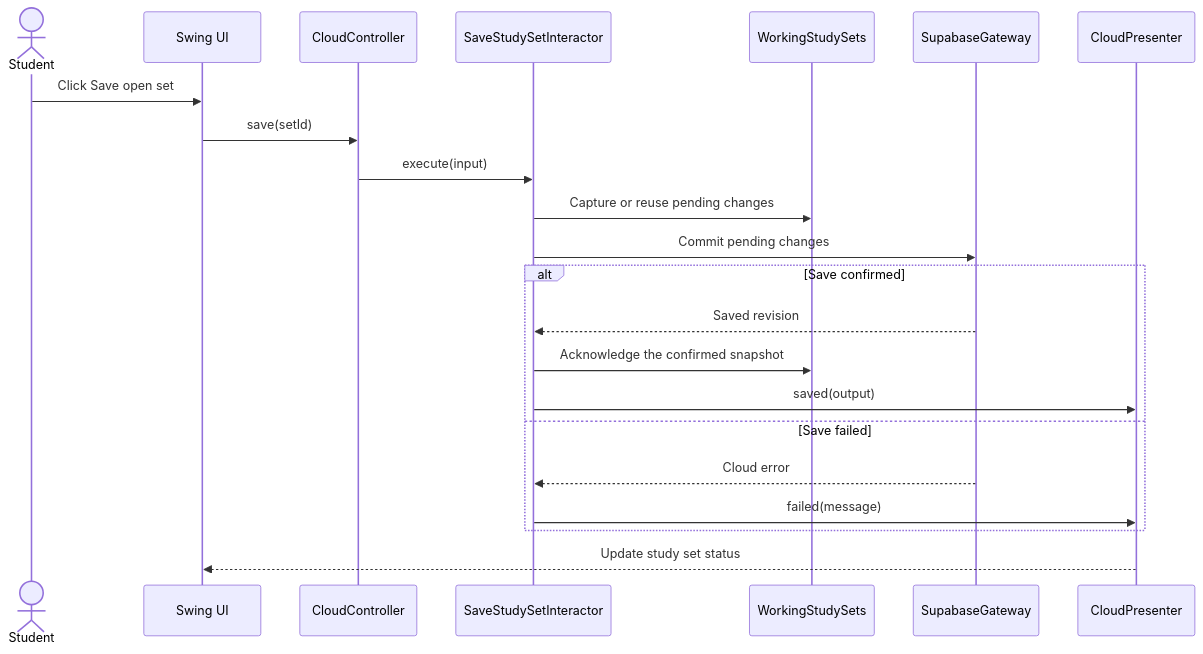
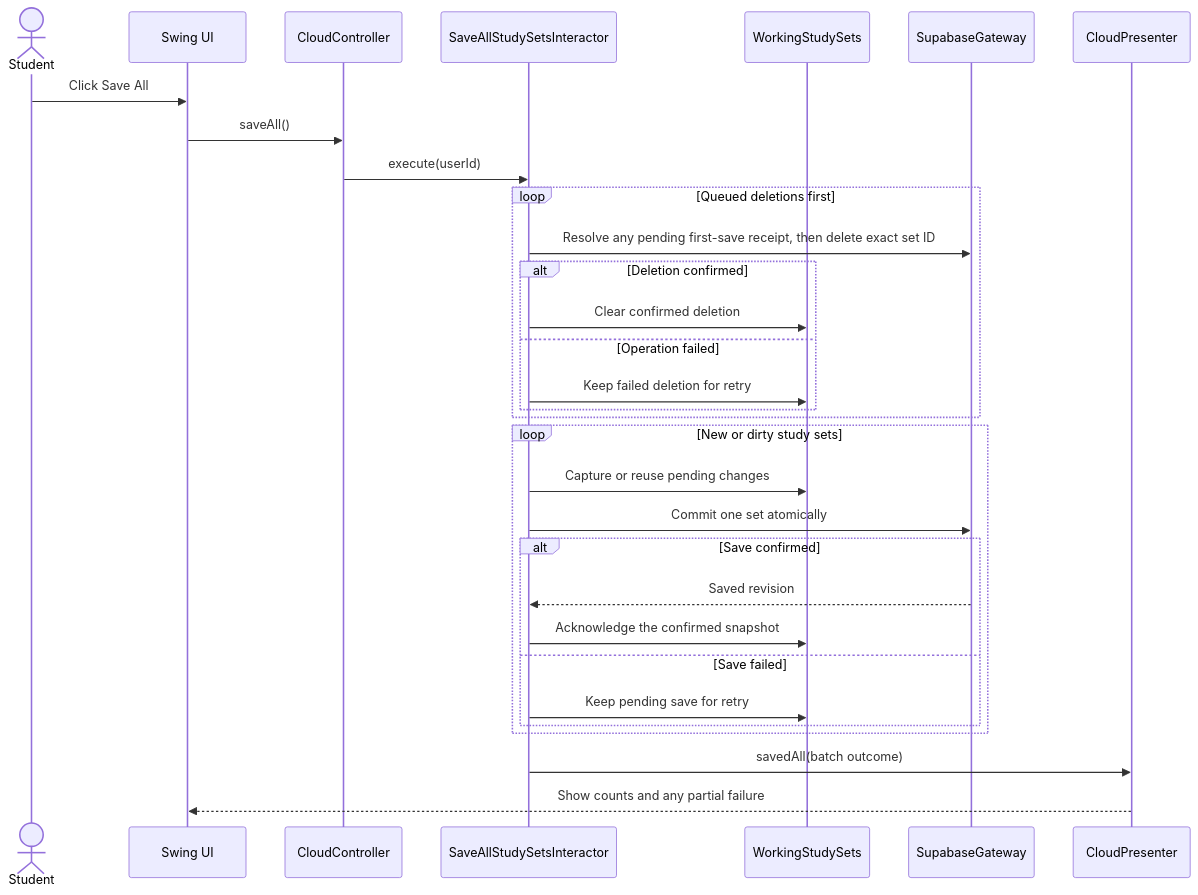
The second of 2 diagrams in README.md (Tabel0112/team-project), drawn with Mermaid before and after one commit. The commit also changed other lines of this file and 19 other files, not shown here.

Commit message:
Save all study-set changes and queued deletions

````diff
--- a/README.md
+++ b/README.md
@@ -343,24 +351,33 @@
 ```mermaid
 sequenceDiagram
     actor Student
     participant UI as Swing UI
     participant Controller as CloudController
-    participant Save as SaveStudySetInteractor
+    participant Save as SaveAllStudySetsInteractor
     participant Store as WorkingStudySets
     participant Cloud as SupabaseGateway
     participant Presenter as CloudPresenter
-    Student->>UI: Click Save open set
-    UI->>Controller: save(setId)
-    Controller->>Save: execute(input)
-    Save->>Store: Capture or reuse pending changes
-    Save->>Cloud: Commit pending changes
-    alt Save confirmed
-        Cloud-->>Save: Saved revision
-        Save->>Store: Acknowledge the confirmed snapshot
-        Save->>Presenter: saved(output)
-    else Save failed
-        Cloud-->>Save: Cloud error
-        Save->>Presenter: failed(message)
+    Student->>UI: Click Save All
+    UI->>Controller: saveAll()
+    Controller->>Save: execute(userId)
+    loop Queued deletions first
+        Save->>Cloud: Resolve any pending first-save receipt, then delete exact set ID
+        alt Deletion confirmed
+            Save->>Store: Clear confirmed deletion
+        else Operation failed
+            Save->>Store: Keep failed deletion for retry
+        end
     end
-    Presenter-->>UI: Update study set status
+    loop New or dirty study sets
+        Save->>Store: Capture or reuse pending changes
+        Save->>Cloud: Commit one set atomically
+        alt Save confirmed
+            Cloud-->>Save: Saved revision
+            Save->>Store: Acknowledge the confirmed snapshot
+        else Save failed
+            Save->>Store: Keep pending save for retry
+        end
+    end
+    Save->>Presenter: savedAll(batch outcome)
+    Presenter-->>UI: Show counts and any partial failure
 ```
````
